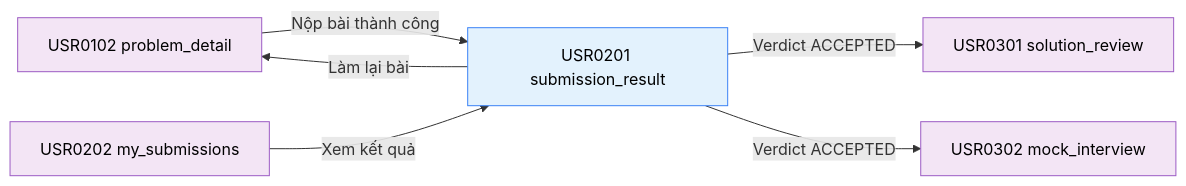
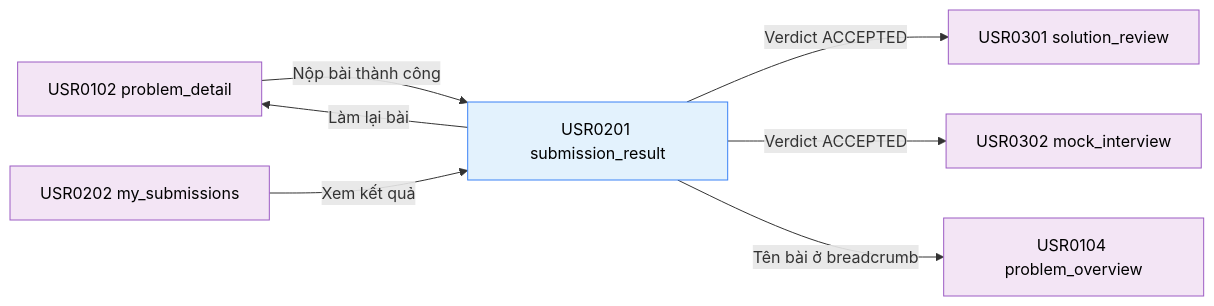
Before and after one commit to daiphu1801/PRJ_ALGOPREP: the diagram in 02-bd/screens/users/USR0201_submission_result.md, drawn with Mermaid. The commit also changed other lines of this file and 290 other files, not shown here.

````diff
--- a/02-bd/screens/users/USR0201_submission_result.md
+++ b/02-bd/screens/users/USR0201_submission_result.md
@@ -167,14 +185,15 @@
 ```mermaid
 flowchart LR
     PD["USR0102 problem_detail"] -->|"Nộp bài thành công"| SR["USR0201 submission_result"]
     MS["USR0202 my_submissions"] -->|"Xem kết quả"| SR
     SR -->|"Verdict ACCEPTED"| SOL["USR0301 solution_review"]
     SR -->|"Verdict ACCEPTED"| MI["USR0302 mock_interview"]
     SR -->|"Làm lại bài"| PD
+    SR -->|"Tên bài ở breadcrumb"| PO["USR0104 problem_overview"]
 
     classDef source fill:#F3E5F5,stroke:#9C5CC4,color:#000
     classDef screen fill:#E3F2FD,stroke:#3B82F6,color:#000
 
-    class PD,MS,SOL,MI source
+    class PD,MS,SOL,MI,PO source
     class SR screen
 ```
````
